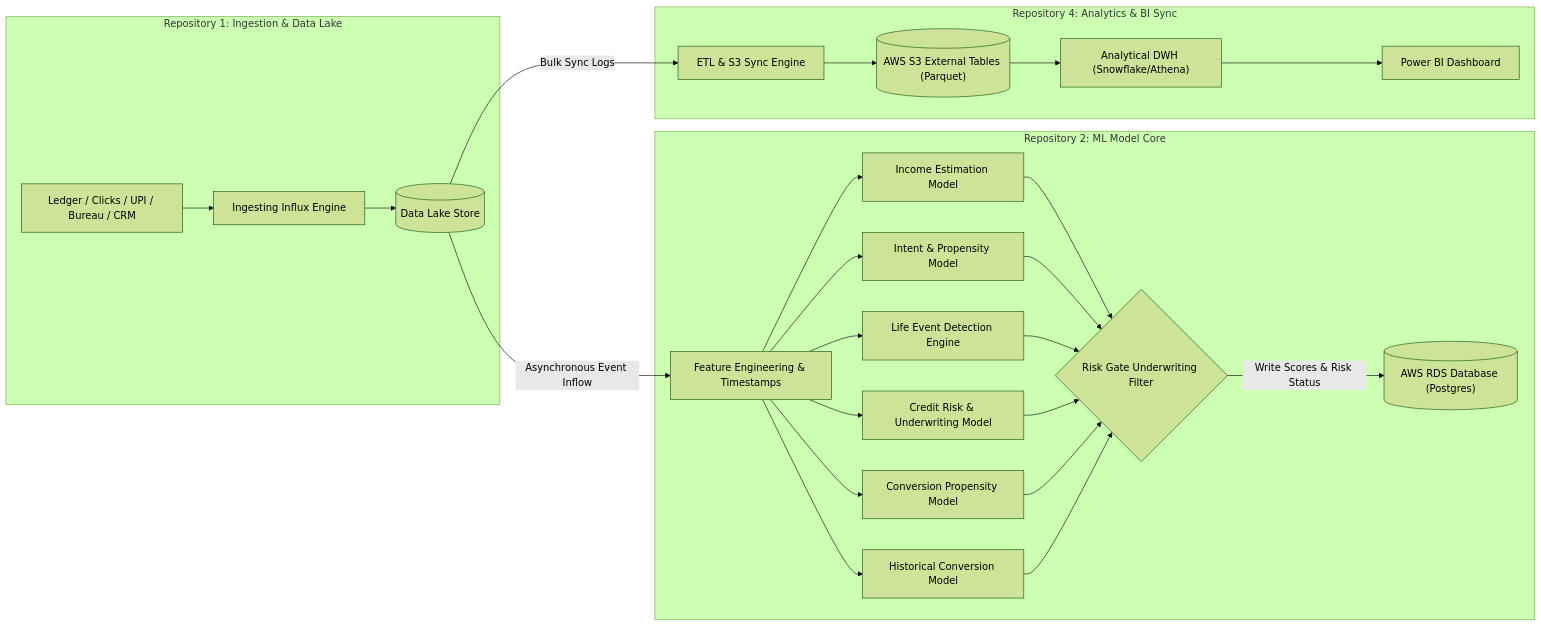
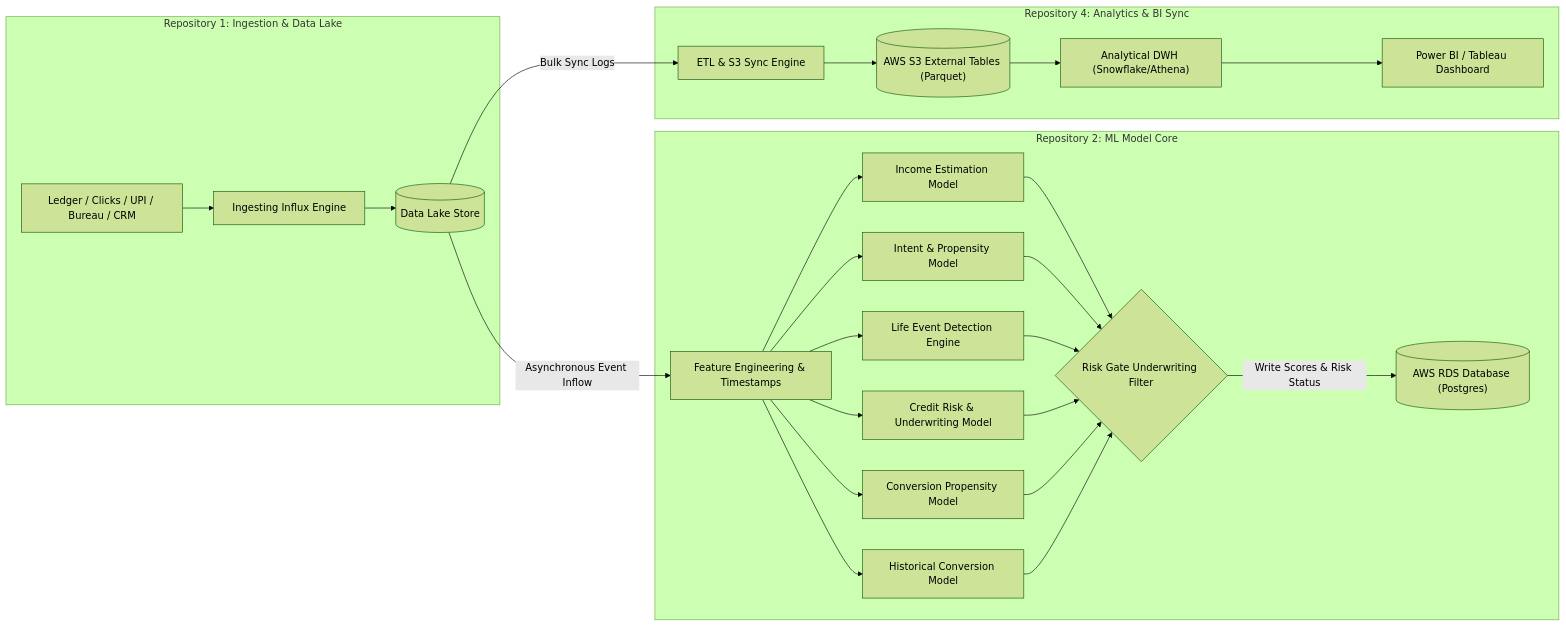
Before and after one commit to chiraghs/Alpha-Fin: the second of 3 diagrams in README.md, drawn with Mermaid (forest theme).

Commit message:
feat: Analytics support

````diff
--- a/README.md
+++ b/README.md
@@ -131,51 +131,51 @@
 ```mermaid
 graph LR
     %% REPOSITORIES 1, 2 & 4: DATA, MODEL, & ANALYTICS PIPELINES
     subgraph Repo1 ["Repository 1: Ingestion & Data Lake"]
         Feeds["Ledger / Clicks / UPI / Bureau / CRM"] --> Ingest["Ingesting Influx Engine"]
         Ingest --> Lake[(Data Lake Store)]
     end
 
     subgraph Repo2 ["Repository 2: ML Model Core"]
         FE["Feature Engineering & Timestamps"]
         
         Income["Income Estimation Model"]
         Intent["Intent & Propensity Model"]
         LifeEvents["Life Event Detection Engine"]
         RiskModel["Credit Risk & Underwriting Model"]
         Conversion["Conversion Propensity Model"]
         History["Historical Conversion Model"]
         
         FE --> Income
         FE --> Intent
         FE --> LifeEvents
         FE --> RiskModel
         FE --> Conversion
         FE --> History
         
         Income --> Risk{"Risk Gate Underwriting Filter"}
         Intent --> Risk
         LifeEvents --> Risk
         RiskModel --> Risk
         Conversion --> Risk
         History --> Risk
         
         Risk -->|Write Scores & Risk Status| RDS2[("AWS RDS Database (Postgres)")]
     end
 
     subgraph Repo4 ["Repository 4: Analytics & BI Sync"]
         Sync["ETL & S3 Sync Engine"]
         S3[("AWS S3 External Tables (Parquet)")]
         DWH["Analytical DWH (Snowflake/Athena)"]
-        BI["Power BI Dashboard"]
+        BI["Power BI / Tableau Dashboard"]
         
         Sync --> S3
         S3 --> DWH
         DWH --> BI
     end
 
     %% Data Flows
     Lake -->|Asynchronous Event Inflow| FE
     Lake -->|Bulk Sync Logs| Sync
 
 ```
````
